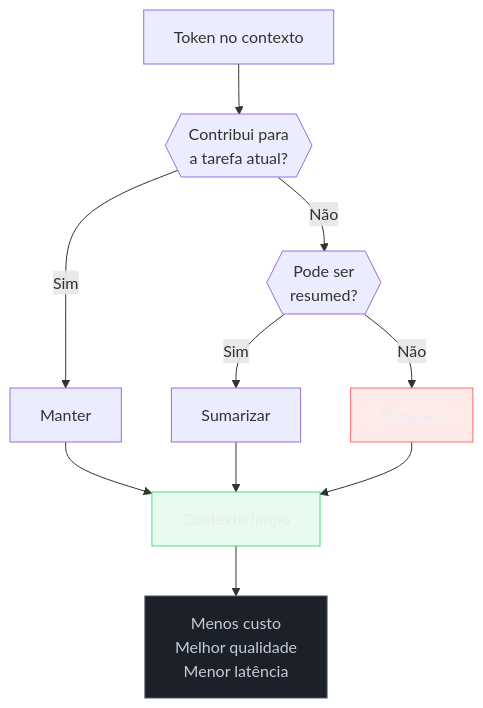
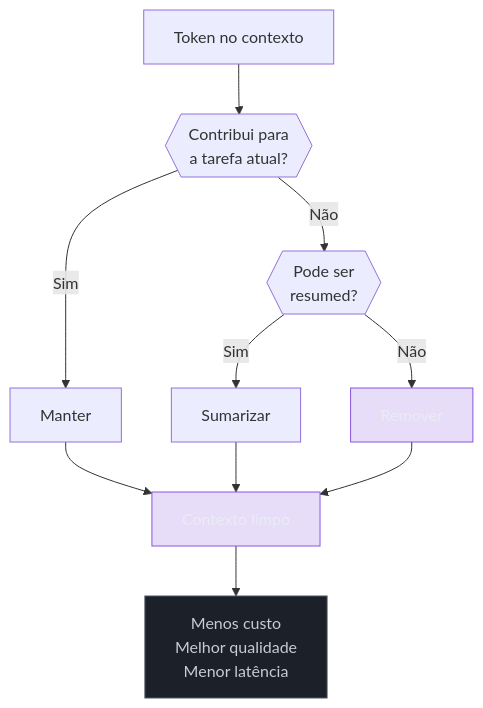
The first of 2 diagrams in 03-Dominios/Tecnologia/IA/Economia de Tokens/06 - Context pruning — o que remover do prompt.md (josenaldo/codex-technomanticus), drawn with Mermaid before and after one commit. The commit also changed other lines of this file and 601 other files, not shown here.

````diff
--- a/03-Dominios/Tecnologia/IA/Economia de Tokens/06 - Context pruning — o que remover do prompt.md
+++ b/03-Dominios/Tecnologia/IA/Economia de Tokens/06 - Context pruning — o que remover do prompt.md
@@ -35,21 +35,20 @@
 ```mermaid
 flowchart TD
-    classDef ok fill:#4ADE8021,stroke:#4ADE80,color:#E9ECF2
+    classDef marca fill:#8855DF33,stroke:#8855DF,color:#E9ECF2
     classDef neutro fill:#1B2029,stroke:#4E5666,color:#C6CCD8
-    classDef falha fill:#FF6B6B24,stroke:#FF6B6B,color:#E9ECF2
     A["Token no contexto"] --> B{{"Contribui para\na tarefa atual?"}}
     B -- "Sim" --> C["Manter"]
     B -- "Não" --> D{{"Pode ser\nresumed?"}}
     D -- "Sim" --> E["Sumarizar"]
     D -- "Não" --> F["Remover"]
     
     C --> G["Contexto limpo"]
     E --> G
     F --> G
     
     G --> H["Menos custo\nMelhor qualidade\nMenor latência"]
 
-    class G ok
+    class G marca
     class H neutro
-    class F falha
+    class F marca
 ```
````
